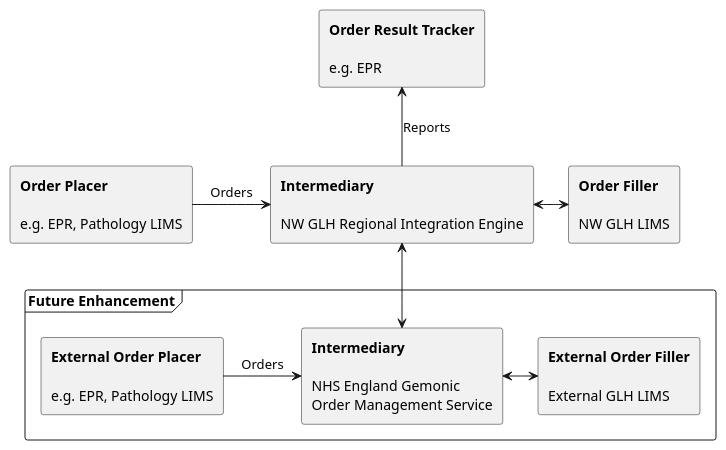
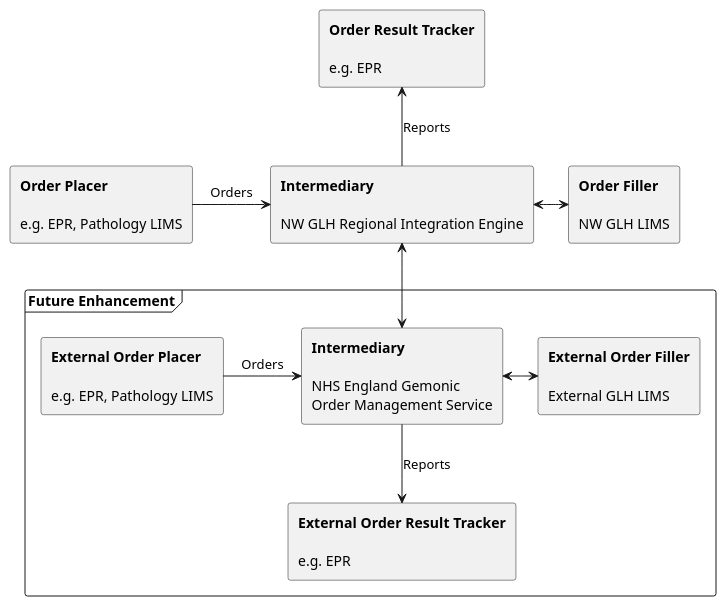
Before and after one commit to nw-gmsa/nw-gmsa.github.com: the diagram in input/images-source/RIE-component.plantuml, drawn with PlantUML.

Commit message:
Added BPMN diagrams for use cases

```diff
--- a/input/images-source/RIE-component.plantuml
+++ b/input/images-source/RIE-component.plantuml
@@ -1,22 +1,25 @@
 @startuml
 
 
   agent "**Order Placer**\n\ne.g. EPR, Pathology LIMS" as Placer
   agent "**Order Filler**\n\nNW GLH LIMS" as Filler
 
   agent "**Order Result Tracker**\n\ne.g. EPR" as Tracker
   agent "**Intermediary**\n\nNW GLH Regional Integration Engine" as RIE
+
   frame "Future Enhancement" as future {
     agent "**Intermediary**\n\nNHS England Gemonic\nOrder Management Service" as GOMS
     agent "**External Order Placer**\n\ne.g. EPR, Pathology LIMS" as xPlacer
     agent "**External Order Filler**\n\nExternal GLH LIMS" as xFiller
+     agent "**External Order Result Tracker**\n\ne.g. EPR" as xTracker
   }
 
 Placer -r-> RIE: Orders
 xPlacer -r-> GOMS: Orders
 RIE <-r-> Filler
 RIE -u-> Tracker: Reports
+GOMS -d-> xTracker: Reports
 RIE <-d-> GOMS
 GOMS <-r-> xFiller
 
 @enduml
```
